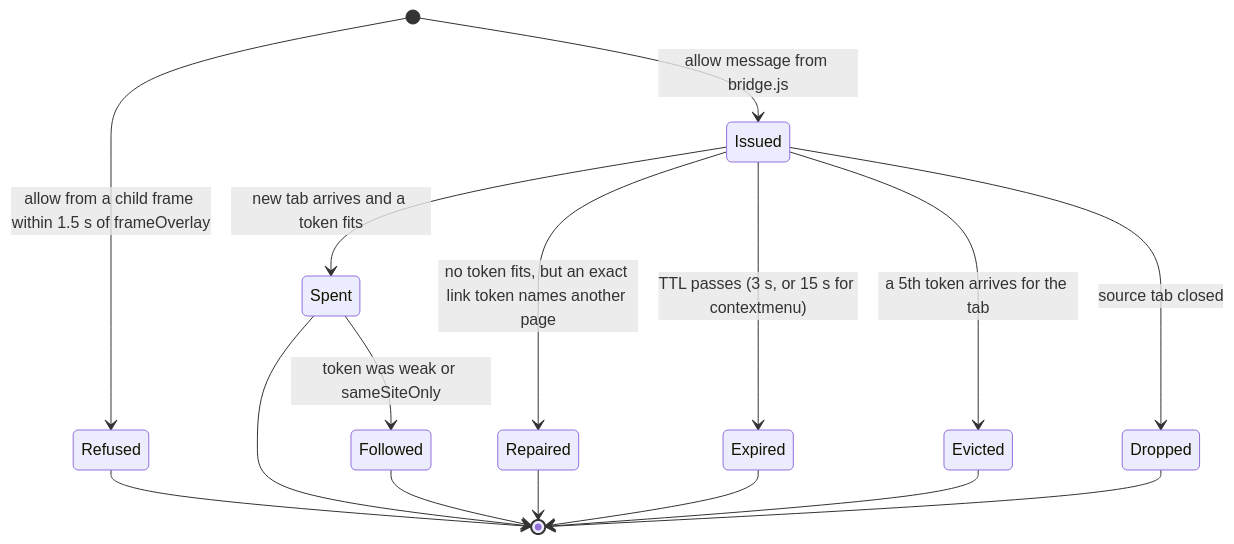
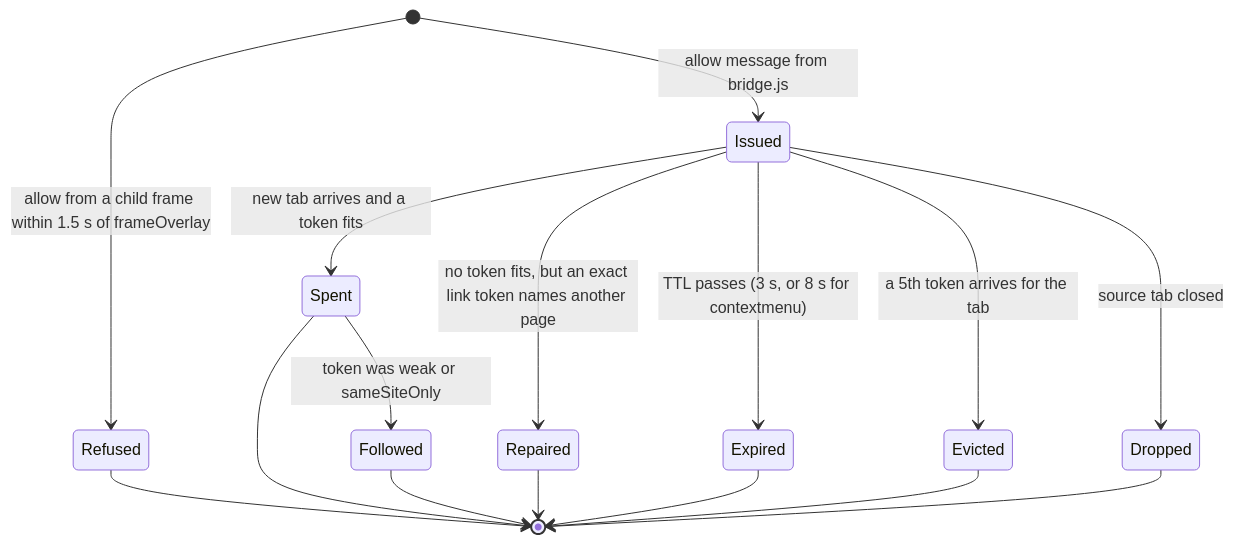
One commit to madironman/popshield changed the fourth of 4 diagrams in docs/ARCHITECTURE.md. Above: the diagram before and after it, drawn with Mermaid. The commit also changed other lines of this file and 14 other files, not shown here.

````diff
--- a/docs/ARCHITECTURE.md
+++ b/docs/ARCHITECTURE.md
@@ -414,18 +488,18 @@
 ```mermaid
 stateDiagram-v2
     [*] --> Issued: allow message from bridge.js
     [*] --> Refused: allow from a child frame within 1.5 s of frameOverlay
     Issued --> Spent: new tab arrives and a token fits
     Issued --> Repaired: no token fits, but an exact link token names another page
-    Issued --> Expired: TTL passes (3 s, or 15 s for contextmenu)
+    Issued --> Expired: TTL passes (3 s, or 8 s for contextmenu)
     Issued --> Evicted: a 5th token arrives for the tab
     Issued --> Dropped: source tab closed
     Spent --> Followed: token was weak or sameSiteOnly
     Refused --> [*]
     Spent --> [*]
     Followed --> [*]
     Repaired --> [*]
     Expired --> [*]
     Evicted --> [*]
     Dropped --> [*]
 ```
````
